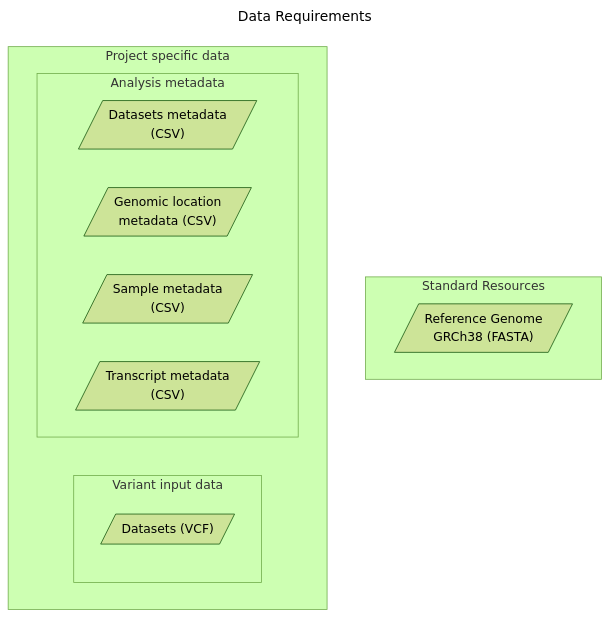
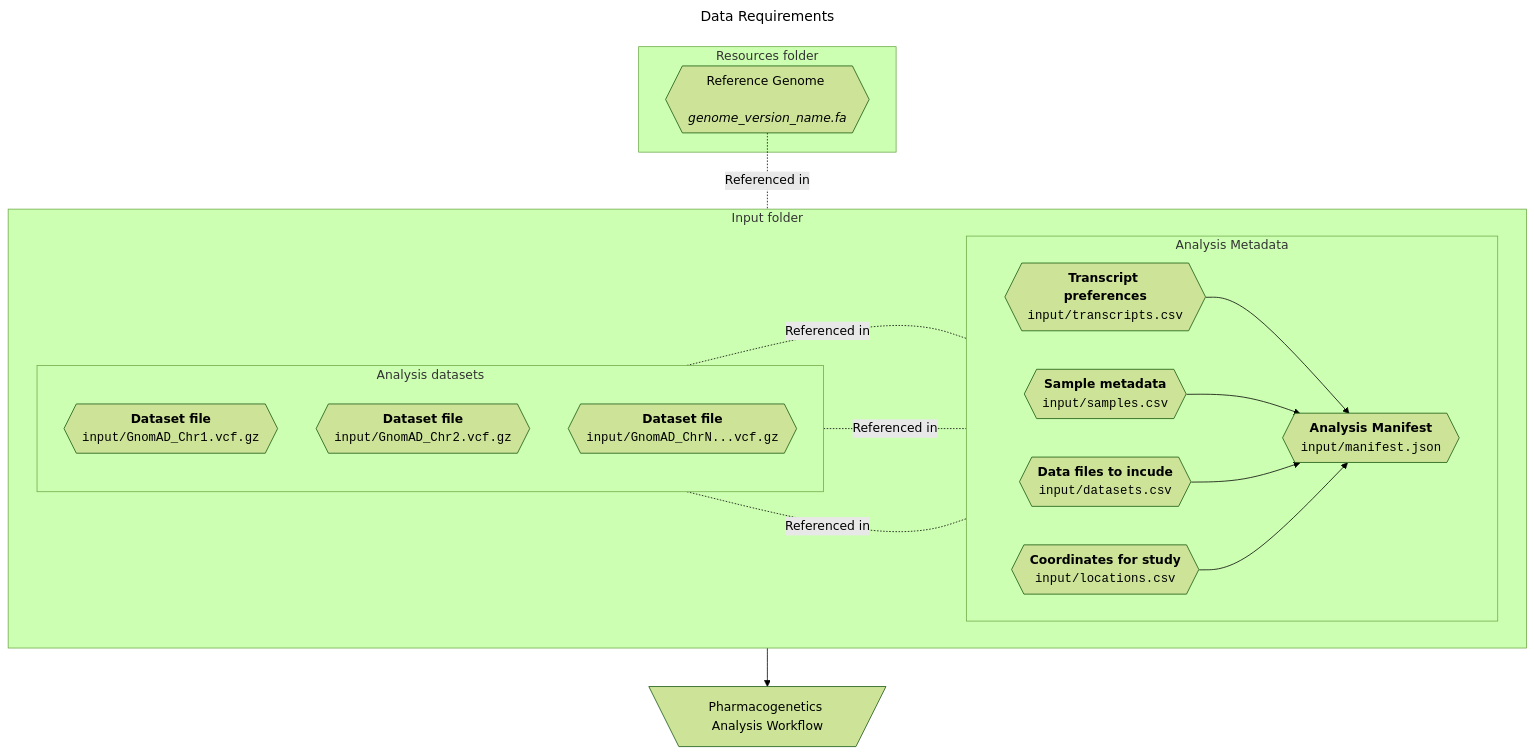
The diagram in .docs/02-workflow/01-data.md (Tuks-ICMM/Pharmacogenetic-Analysis-Pipeline), drawn with Mermaid (forest theme) before and after one commit. The commit also changed other lines of this file and 16 other files, not shown here.

````diff
--- a/.docs/02-workflow/01-data.md
+++ b/.docs/02-workflow/01-data.md
@@ -49,25 +51,44 @@
 ```mermaid
 ---
 title: Data Requirements
 ---
 flowchart TB
-  subgraph Standard ["Standard Resources"]
-            genomeFasta[/"Reference Genome\nGRCh38 (FASTA)"/]
-        end
-        subgraph projectSpecific ["Project specific data"]
-            %% Use LR to invert axis set by parent to effectively force relative "TB"
-            direction LR
-            subgraph data ["Variant input data"]
-                datasetFiles[/"Datasets (VCF)"/]
-            end
-            subgraph metadata ["Analysis metadata"]
-                %% Use LR to invert axis set by parent to effectively force relative "TB"
-                direction LR
+  subgraph Standard ["Resources folder"]
+      reference_genome{{"Reference Genome <br> <i>genome_version_name.fa</i>"}}
+  end
+  subgraph projectSpecific ["Input folder"]
+      %% Use LR to invert axis set by parent to effectively force relative "TB"
+      direction LR
+      subgraph data ["Analysis datasets"]
+            direction TB
+          datasetFile1{{"<b>Dataset file</b><br><code>input/GnomAD_Chr1.vcf.gz</code>"}}
+          datasetFile2{{"<b>Dataset file</b><br><code>input/GnomAD_Chr2.vcf.gz</code>"}}
+          datasetFileN{{"<b>Dataset file</b><br><code>input/GnomAD_ChrN...vcf.gz</code>"}}
+      end
+      subgraph metadata ["Analysis Metadata"]
+          %% Use LR to invert axis set by parent to effectively force relative "TB"
+          direction LR
 
-                datasetMeta[/"Datasets metadata\n(CSV)"/]
-                locationMeta[/"Genomic location\nmetadata (CSV)"/]
-                sampleMeta[/"Sample metadata\n(CSV)"/]
-                transcriptMeta[/"Transcript metadata\n(CSV)"/]
-            end
-        end
+          manifest{{<b>Analysis Manifest</b> <br><code>input/manifest.json</code>}}
+
+          datasetMeta{{"<b>Data files to incude</b><br><code>input/datasets.csv</code>"}}
+          locationMeta{{"<b>Coordinates for study</b><br><code>input/locations.csv</code>"}}
+          sampleMeta{{"<b>Sample metadata</b><br><code>input/samples.csv</code>"}}
+          transcriptMeta{{"<b>Transcript preferences</b><br><code>input/transcripts.csv</code>"}}
+      end
+  end
+
+  workflow[\Pharmacogenetics Analysis Workflow/]
+
+  click workflow href "/workflow/methodology" _blank
+  
+  transcriptMeta & sampleMeta & datasetMeta & locationMeta --> manifest
+
+  data -.-|Referenced in| datasetMeta
+  data -.-|Referenced in| sampleMeta
+  data -.-|Referenced in| locationMeta
+
+  reference_genome -.-|Referenced in| datasetMeta
+
+  manifest --> workflow
 ```
````
